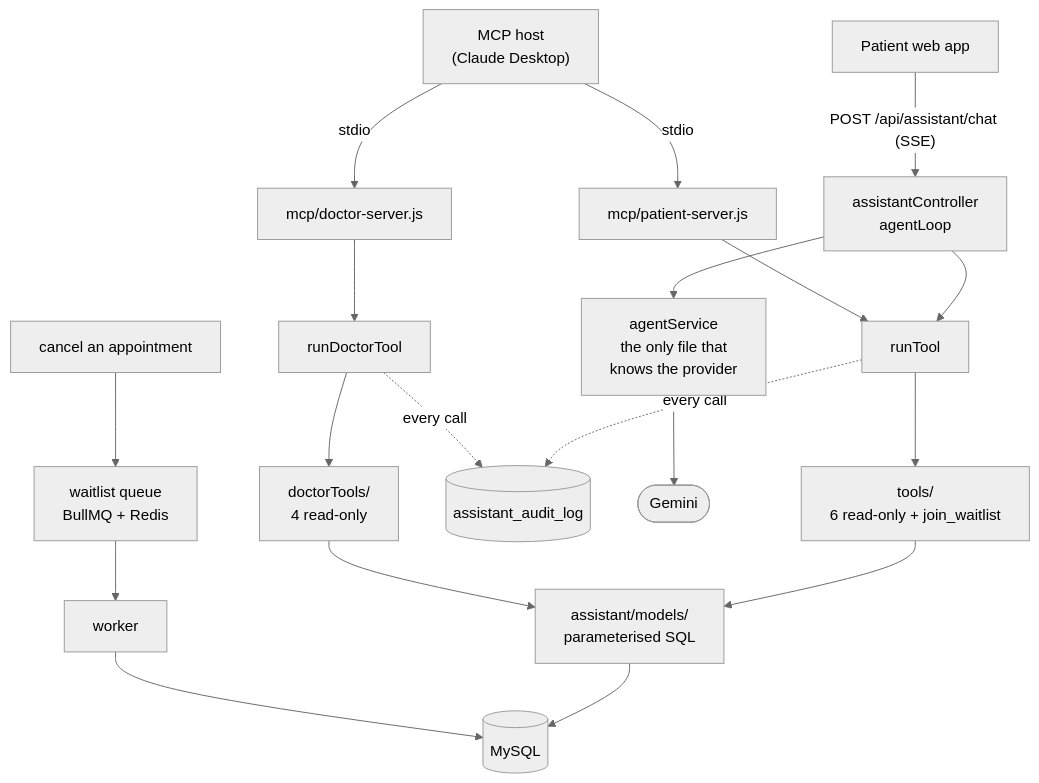
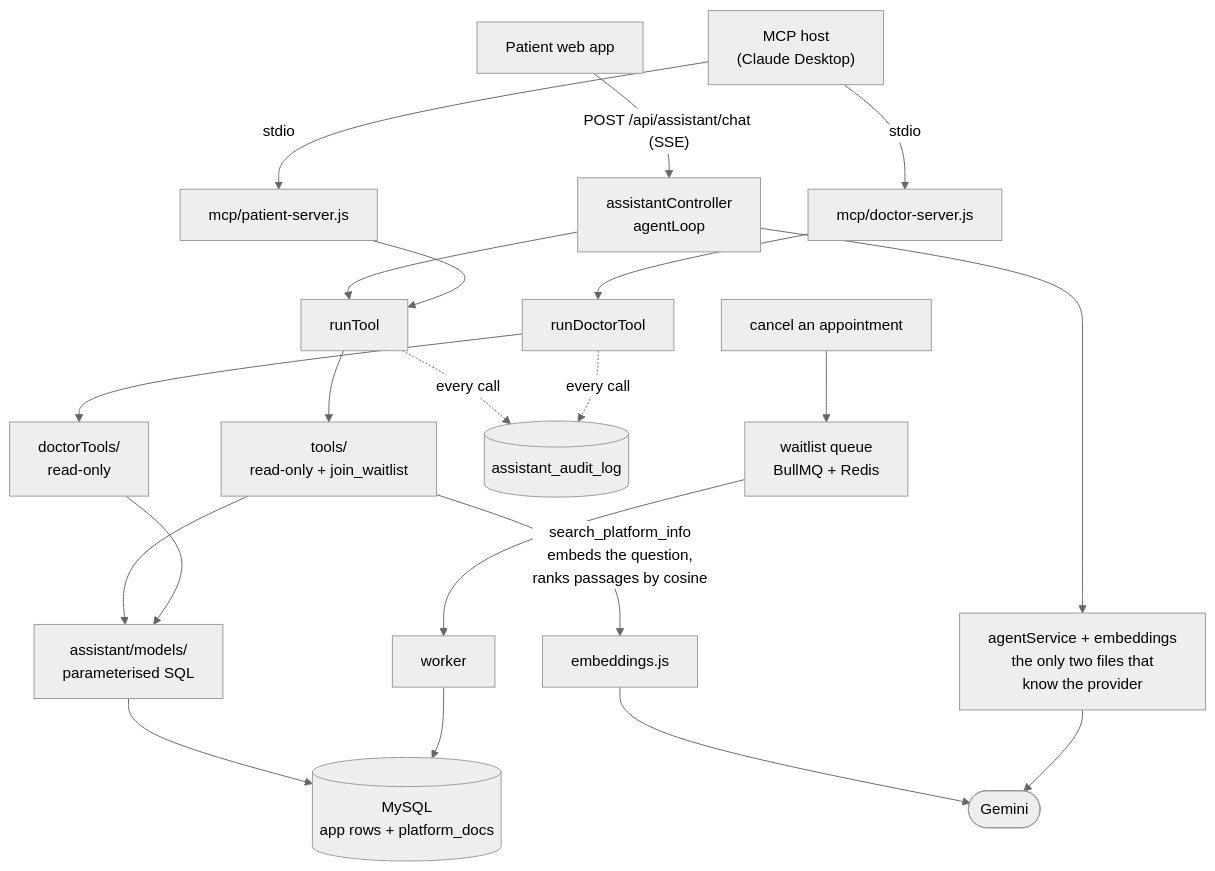
One commit to Ghadiiz/Prescripto changed the diagram in README.md. Above: the diagram before and after it, drawn with Mermaid (neutral theme). The commit also changed other lines of this file, not shown here.

````diff
--- a/README.md
+++ b/README.md
@@ -77,27 +145,30 @@
 ```mermaid
 flowchart TD
     WEB["Patient web app"] -->|"POST /api/assistant/chat (SSE)"| LOOP["assistantController<br/>agentLoop"]
     HOST["MCP host<br/>(Claude Desktop)"] -->|stdio| PSRV["mcp/patient-server.js"]
     HOST -->|stdio| DSRV["mcp/doctor-server.js"]
 
     LOOP --> RUN["runTool"]
     PSRV --> RUN
     DSRV --> RUNDOC["runDoctorTool"]
 
-    RUN --> PTOOLS["tools/<br/>6 read-only + join_waitlist"]
-    RUNDOC --> DTOOLS["doctorTools/<br/>4 read-only"]
+    RUN --> PTOOLS["tools/<br/>read-only + join_waitlist"]
+    RUNDOC --> DTOOLS["doctorTools/<br/>read-only"]
 
     PTOOLS --> MODELS["assistant/models/<br/>parameterised SQL"]
     DTOOLS --> MODELS
-    MODELS --> DB[("MySQL")]
+    MODELS --> DB[("MySQL<br/>app rows + platform_docs")]
+
+    PTOOLS -->|"search_platform_info<br/>embeds the question,<br/>ranks passages by cosine"| EMB["embeddings.js"]
+    EMB --> GEMINI(["Gemini"])
 
     RUN -.->|every call| AUDIT[("assistant_audit_log")]
     RUNDOC -.->|every call| AUDIT
 
-    LOOP --> AGENT["agentService<br/>the only file that<br/>knows the provider"]
-    AGENT --> GEMINI(["Gemini"])
+    LOOP --> AGENT["agentService + embeddings<br/>the only two files that<br/>know the provider"]
+    AGENT --> GEMINI
 
     CANCEL["cancel an appointment"] --> QUEUE["waitlist queue<br/>BullMQ + Redis"]
     QUEUE --> WORKER["worker"]
     WORKER --> DB
 ```
````
